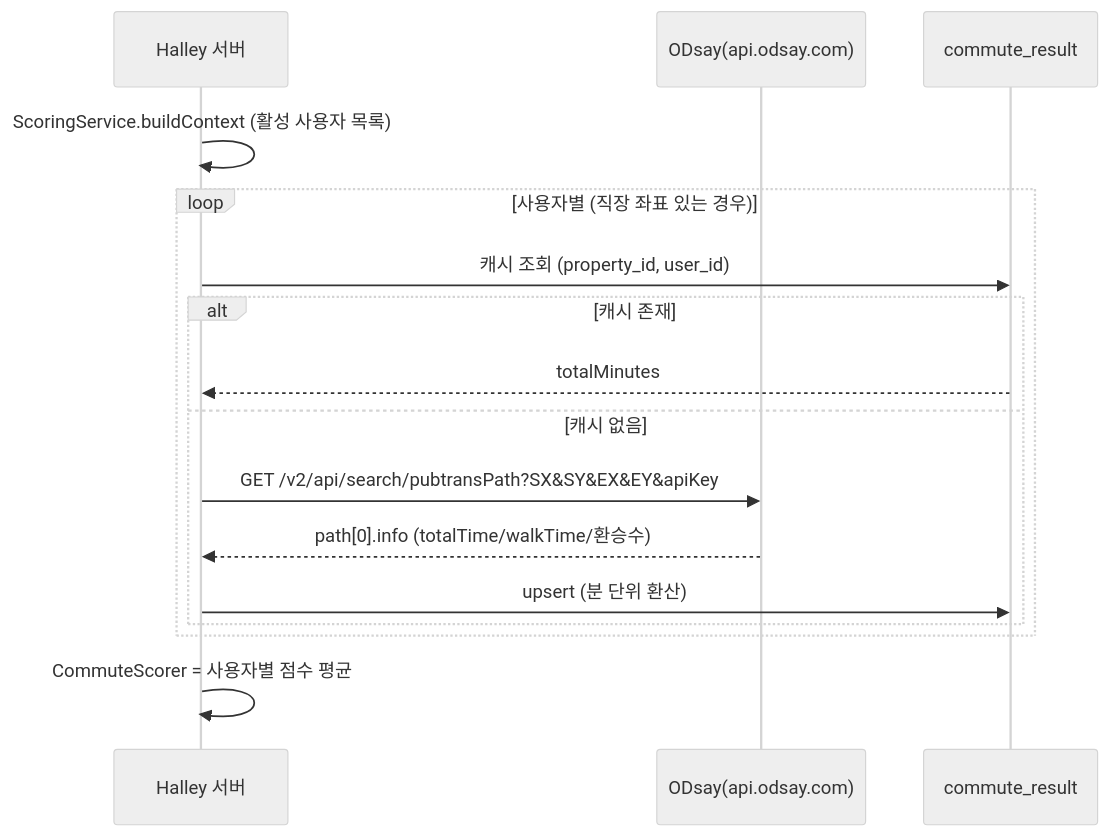
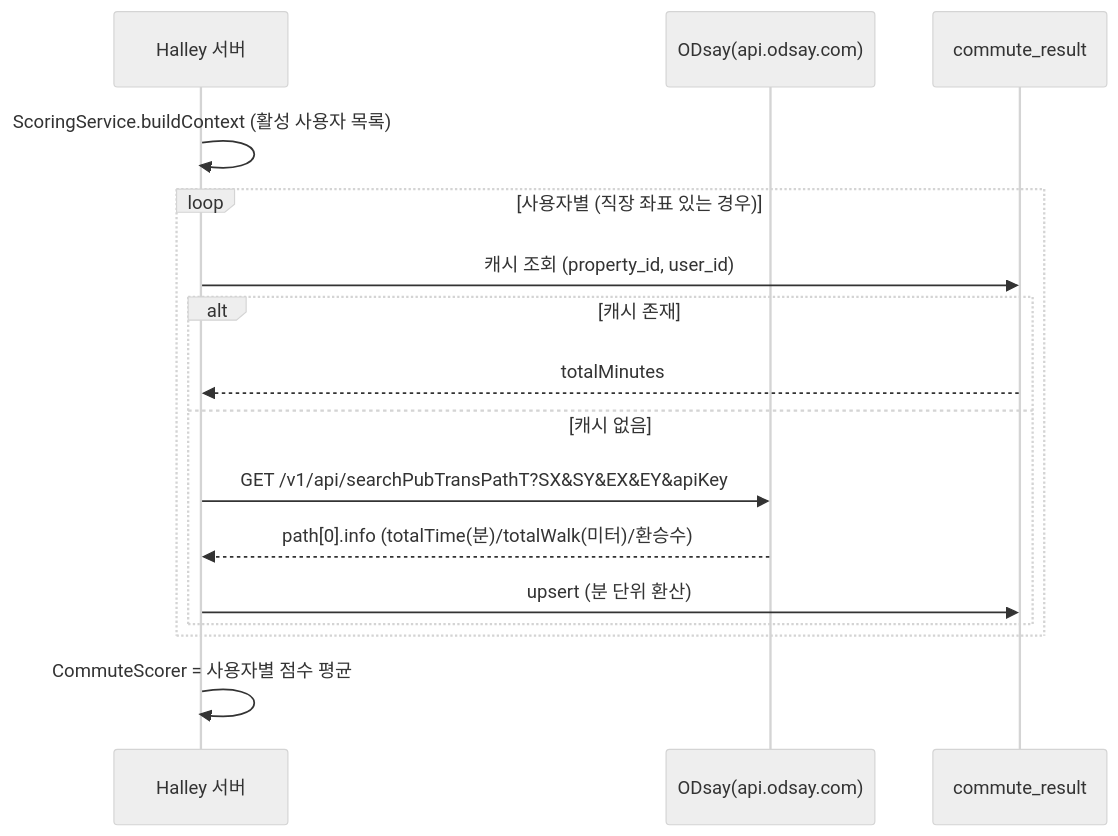
The third of 5 diagrams in docs/INTERFACE_MANUAL.md (lyvius2/halley), drawn with Mermaid (neutral theme) before and after one commit. The commit also changed other lines of this file and 3 other files, not shown here.

Commit message:
ODsay 연동 수정: 엔드포인트 /v1/api/searchPubTransPathT + totalTime(분) 파싱 버그 수정(totalWalk→도보분 환산) — 실제 API 응답 기준

````diff
--- a/docs/INTERFACE_MANUAL.md
+++ b/docs/INTERFACE_MANUAL.md
@@ -167,19 +167,19 @@
 ```mermaid
 sequenceDiagram
     participant S as Halley 서버
     participant O as ODsay(api.odsay.com)
     participant R as commute_result
 
     S->>S: ScoringService.buildContext (활성 사용자 목록)
     loop 사용자별 (직장 좌표 있는 경우)
         S->>R: 캐시 조회 (property_id, user_id)
         alt 캐시 존재
             R-->>S: totalMinutes
         else 캐시 없음
-            S->>O: GET /v2/api/search/pubtransPath?SX&SY&EX&EY&apiKey
-            O-->>S: path[0].info (totalTime/walkTime/환승수)
+            S->>O: GET /v1/api/searchPubTransPathT?SX&SY&EX&EY&apiKey
+            O-->>S: path[0].info (totalTime(분)/totalWalk(미터)/환승수)
             S->>R: upsert (분 단위 환산)
         end
     end
     S->>S: CommuteScorer = 사용자별 점수 평균
 ```
````
